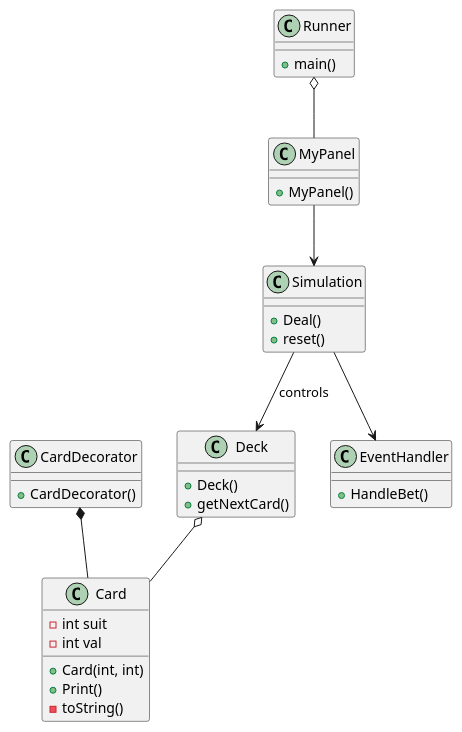
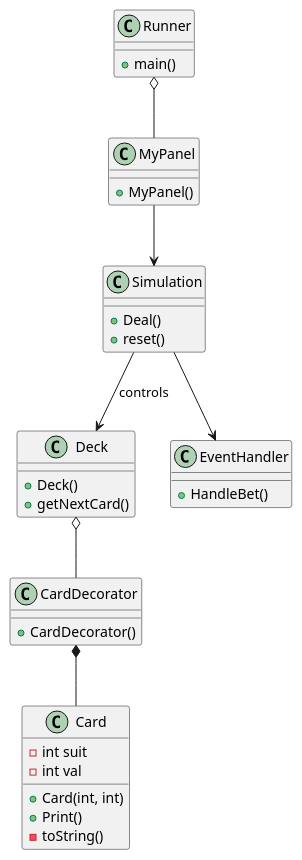
One commit to Zach-Farrell/blackjack-game changed the diagram in support/uml/project.puml. Above: the diagram before and after it, drawn with PlantUML. The commit also changed 3 other files, not shown here.

```diff
--- a/support/uml/project.puml
+++ b/support/uml/project.puml
@@ -1,44 +1,44 @@
 @startuml
 class Deck {
     +Deck()
     +getNextCard()
 
 }
 
 class Card {
     +Card(int, int)
     +Print()
     -toString()
     -int suit
     -int val
 }
 
 class CardDecorator{
     +CardDecorator()
 }
 
 class Simulation {
     +Deal()
     +reset()
 
 }
 
 class EventHandler {
     +HandleBet()
 }
 
 class MyPanel {
     +MyPanel()
 }
 
 class Runner {
 	+main()
 }
 
 CardDecorator *-- Card
-Deck o-- Card
+Deck o-- CardDecorator
 MyPanel --> Simulation
 Simulation --> Deck : controls
 Simulation --> EventHandler
 Runner o-- MyPanel
 @enduml
```
